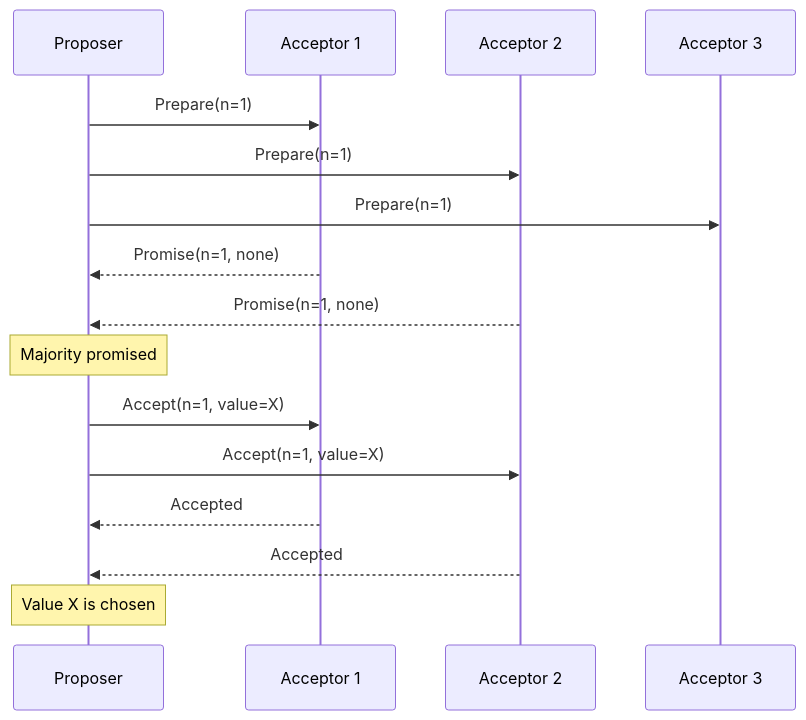
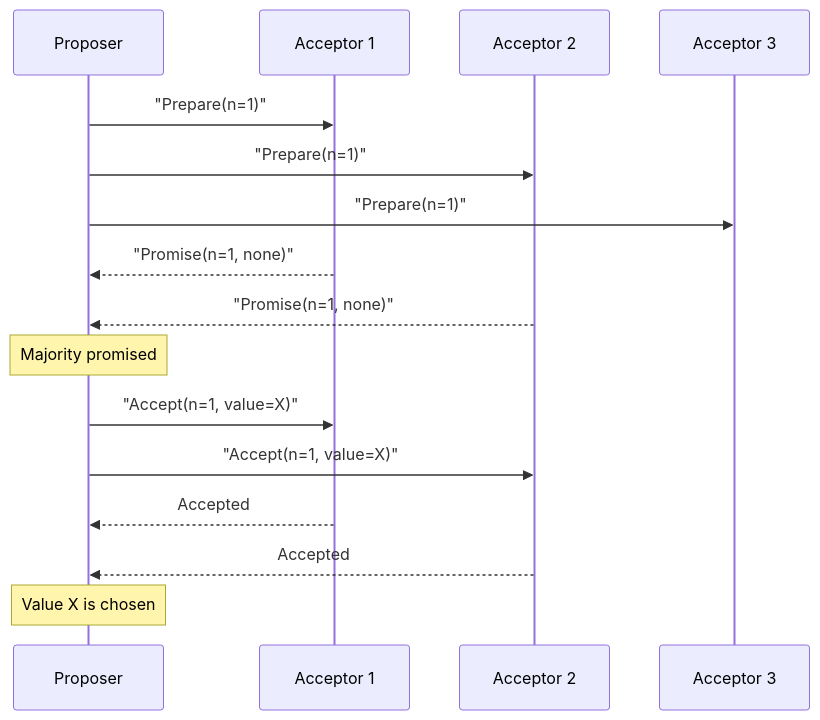
Before and after one commit to spawn08/system-design-interview: the first of 3 diagrams in docs/advanced/consensus_algorithms.md, drawn with Mermaid. The commit also changed other lines of this file and 1740 other files, not shown here.

First line of the commit message:
Add new Mermaid diagrams for consensus algorithms and data consistency models

````diff
--- a/docs/advanced/consensus_algorithms.md
+++ b/docs/advanced/consensus_algorithms.md
@@ -61,19 +61,19 @@
 ```mermaid
 sequenceDiagram
   participant P as Proposer
   participant A1 as Acceptor 1
   participant A2 as Acceptor 2
   participant A3 as Acceptor 3
 
-  P->>A1: Prepare(n=1)
-  P->>A2: Prepare(n=1)
-  P->>A3: Prepare(n=1)
-  A1-->>P: Promise(n=1, none)
-  A2-->>P: Promise(n=1, none)
+  P->>A1: "Prepare(n=1)"
+  P->>A2: "Prepare(n=1)"
+  P->>A3: "Prepare(n=1)"
+  A1-->>P: "Promise(n=1, none)"
+  A2-->>P: "Promise(n=1, none)"
   Note over P: Majority promised
-  P->>A1: Accept(n=1, value=X)
-  P->>A2: Accept(n=1, value=X)
+  P->>A1: "Accept(n=1, value=X)"
+  P->>A2: "Accept(n=1, value=X)"
   A1-->>P: Accepted
   A2-->>P: Accepted
   Note over P: Value X is chosen
 ```
````
